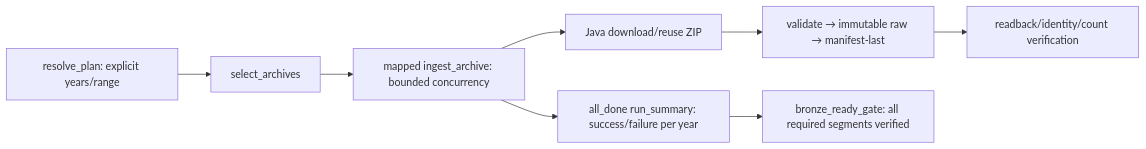
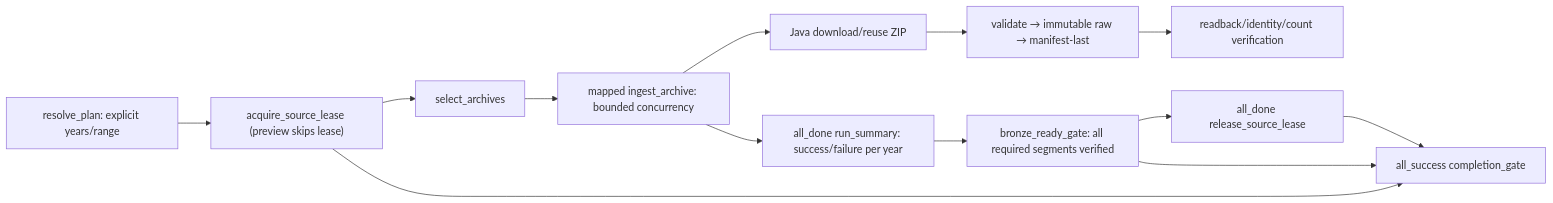
One commit to HoaiTam/japan-earthquake-etl changed the diagram in docs/specs/JMA_YEAR_BACKFILL.md. Above: the diagram before and after it, drawn with Mermaid. The commit also changed other lines of this file and 32 other files, not shown here.

````diff
--- a/docs/specs/JMA_YEAR_BACKFILL.md
+++ b/docs/specs/JMA_YEAR_BACKFILL.md
@@ -17,10 +17,15 @@
 ```mermaid
 flowchart LR
-    P["resolve_plan: explicit years/range"] --> A["select_archives"]
+    P["resolve_plan: explicit years/range"] --> L["acquire_source_lease (preview skips lease)"]
+    L --> A["select_archives"]
     A --> I["mapped ingest_archive: bounded concurrency"]
     I --> D["Java download/reuse ZIP"]
     D --> W["validate → immutable raw → manifest-last"]
     W --> V["readback/identity/count verification"]
     I --> S["all_done run_summary: success/failure per year"]
     S --> G["bronze_ready_gate: all required segments verified"]
+    G --> R["all_done release_source_lease"]
+    G --> E["all_success completion_gate"]
+    L --> E
+    R --> E
 ```
````
